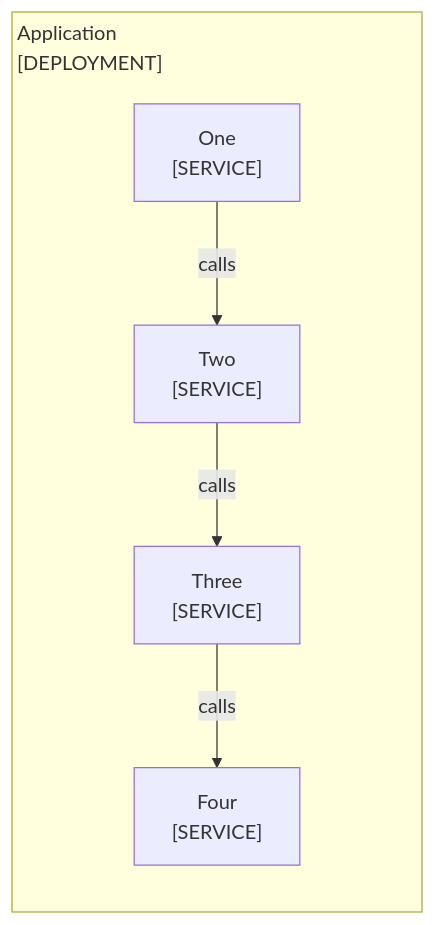
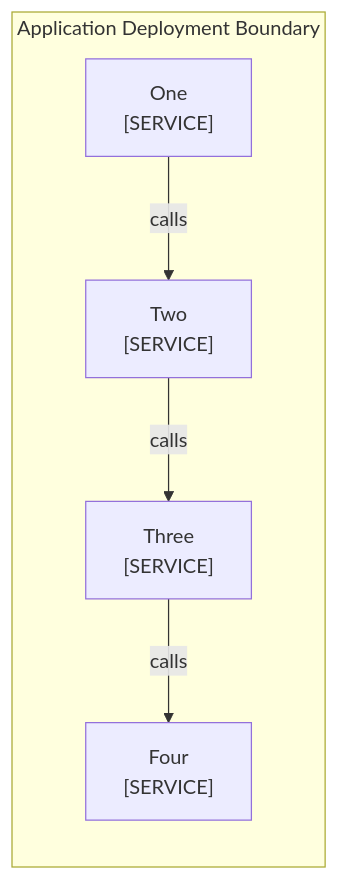
The diagram in skills/docsmith/scripts/fixtures/bad/mmd-boundary-width.md (choonchernlim/skills), drawn with Mermaid before and after one commit. The commit also changed other lines of this file and 43 other files, not shown here.

Commit message:
feat: update Mermaid syntax to use 'graph TD' and enhance boundary title formatting

````diff
--- a/skills/docsmith/scripts/fixtures/bad/mmd-boundary-width.md
+++ b/skills/docsmith/scripts/fixtures/bad/mmd-boundary-width.md
@@ -12,20 +12,13 @@
 ```mermaid
----
-config:
-  flowchart:
-    subGraphTitleMargin:
-      top: 4
-      bottom: 32
----
-flowchart TD
-  subgraph App["<span style='display:inline-block;width:320px;text-align:left'>Application<br/>[DEPLOYMENT]</span>"]
+graph TD
+  subgraph App["Application Deployment Boundary"]
     direction TB
     One["One<br/>[SERVICE]"]
     Two["Two<br/>[SERVICE]"]
     Three["Three<br/>[SERVICE]"]
     Four["Four<br/>[SERVICE]"]
   end
   One -->|"calls"| Two
   Two -->|"calls"| Three
   Three -->|"calls"| Four
 ```
````
